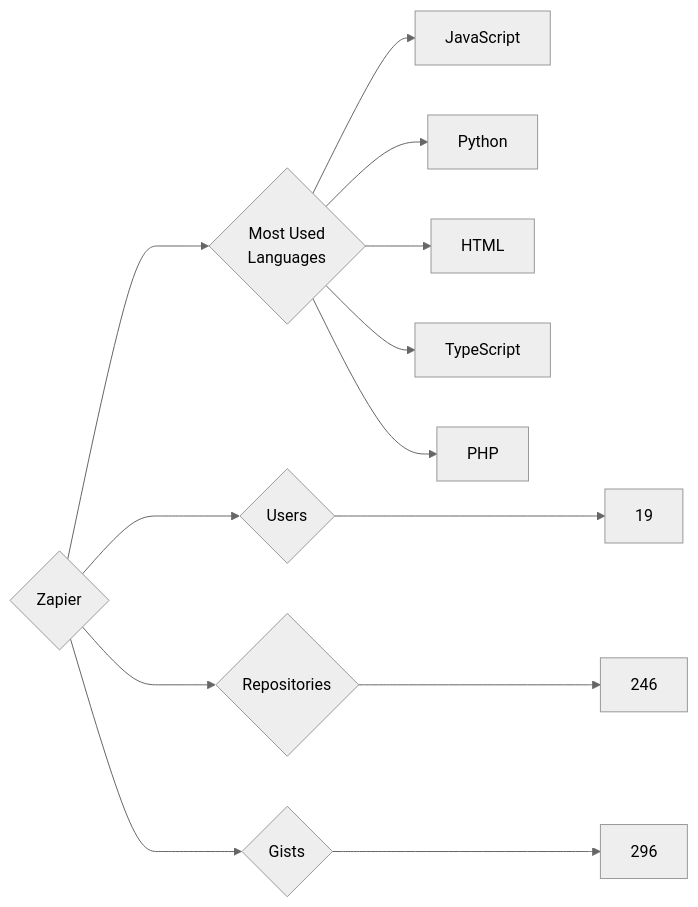
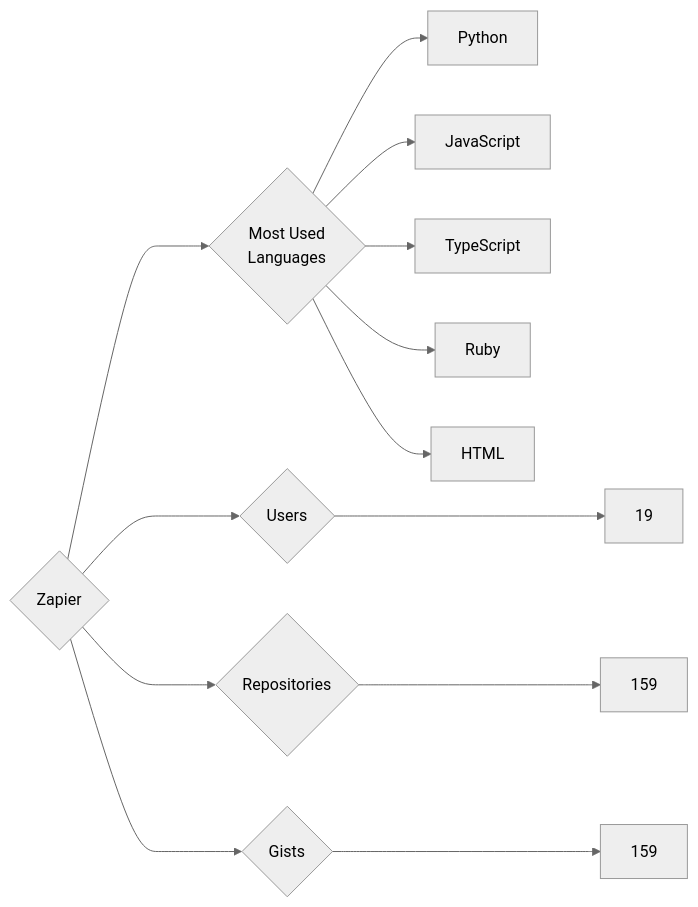
Before and after one commit to trickest/insiders: the diagram in targets/Zapier/README.md, drawn with Mermaid (neutral theme). The commit also changed 995 other files, not shown here.

````diff
--- a/targets/Zapier/README.md
+++ b/targets/Zapier/README.md
@@ -3,13 +3,13 @@
 ```mermaid
 graph LR
 COMPANY_NAME{Zapier}
 COMPANY_NAME ---> U{Users} ---> UN[19]
-COMPANY_NAME ---> R{Repositories} ---> RN[246]
-COMPANY_NAME ---> G{Gists} ---> GN[296]
+COMPANY_NAME ---> R{Repositories} ---> RN[159]
+COMPANY_NAME ---> G{Gists} ---> GN[159]
 COMPANY_NAME ---> ML{Most Used<br>Languages}
+ML --> Python[Python]
 ML --> JavaScript[JavaScript]
-ML --> Python[Python]
+ML --> TypeScript[TypeScript]
+ML --> Ruby[Ruby]
 ML --> HTML[HTML]
-ML --> TypeScript[TypeScript]
-ML --> PHP[PHP]
 ```
````
